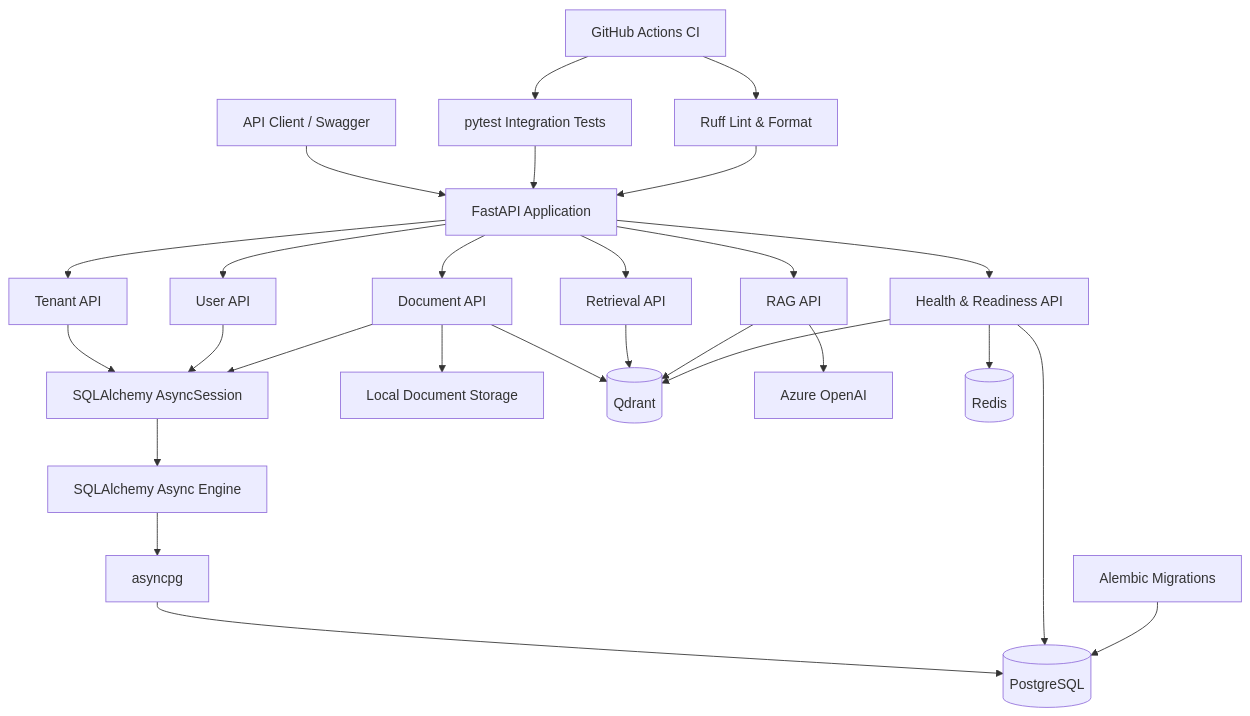
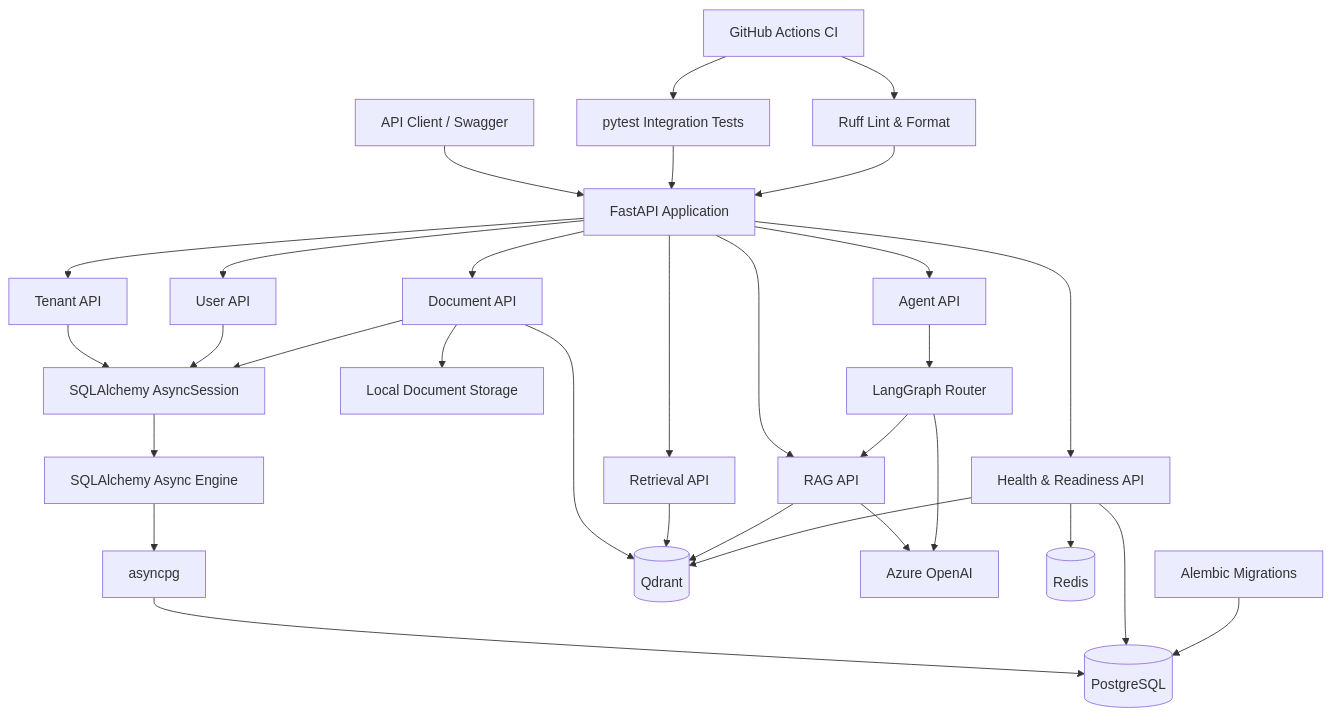
Before and after one commit to kkureli/enterprise-agentic-ai-platform: the diagram in README.md, drawn with Mermaid. The commit also changed other lines of this file and 13 other files, not shown here.

Commit message:
feat: add LangGraph agent orchestration

````diff
--- a/README.md
+++ b/README.md
@@ -46,40 +56,44 @@
 ```mermaid
 flowchart TD
     Client[API Client / Swagger]
 
     Client --> FastAPI[FastAPI Application]
 
     FastAPI --> TenantAPI[Tenant API]
     FastAPI --> UserAPI[User API]
     FastAPI --> DocumentAPI[Document API]
     FastAPI --> RetrievalAPI[Retrieval API]
     FastAPI --> RagAPI[RAG API]
+    FastAPI --> AgentAPI[Agent API]
     FastAPI --> HealthAPI[Health & Readiness API]
 
     TenantAPI --> Session[SQLAlchemy AsyncSession]
     UserAPI --> Session
     DocumentAPI --> Session
 
     Session --> Engine[SQLAlchemy Async Engine]
     Engine --> AsyncPG[asyncpg]
     AsyncPG --> PostgreSQL[(PostgreSQL)]
 
     DocumentAPI --> Storage[Local Document Storage]
     DocumentAPI --> Qdrant[(Qdrant)]
     RetrievalAPI --> Qdrant
     RagAPI --> Qdrant
     RagAPI --> Azure[Azure OpenAI]
+    AgentAPI --> LangGraph[LangGraph Router]
+    LangGraph --> RagAPI
+    LangGraph --> Azure
 
     HealthAPI --> PostgreSQL
     HealthAPI --> Redis[(Redis)]
     HealthAPI --> Qdrant
 
     Alembic[Alembic Migrations] --> PostgreSQL
 
     Pytest[pytest Integration Tests] --> FastAPI
     Ruff[Ruff Lint & Format] --> FastAPI
 
     GitHub[GitHub Actions CI]
     GitHub --> Ruff
     GitHub --> Pytest
 ```
````
